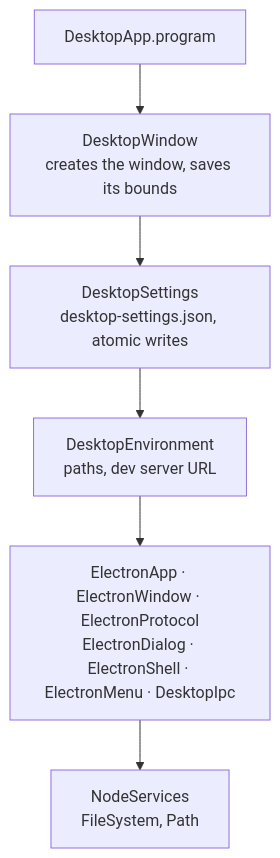
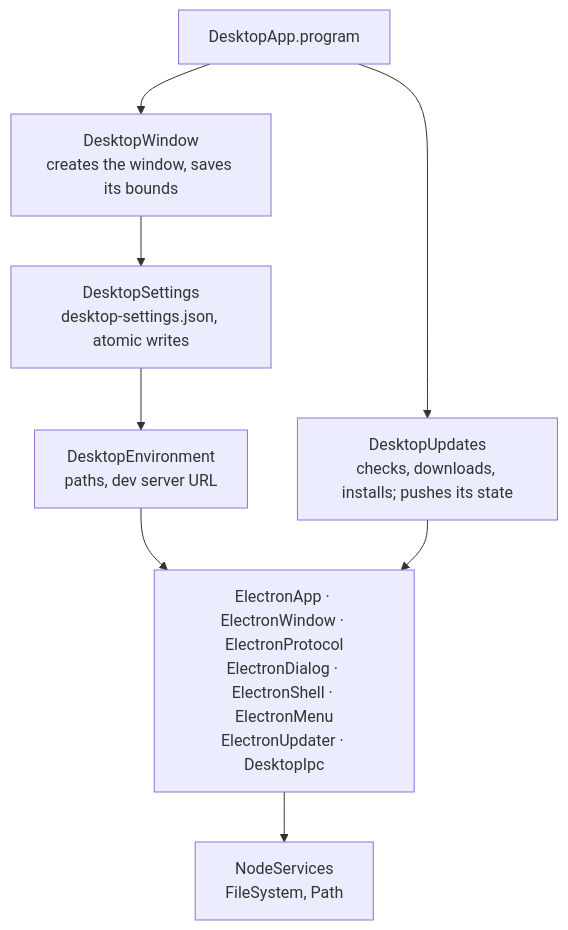
One commit to ballest-editor/ballest-editor changed the third of 3 diagrams in apps/desktop/README.md. Above: the diagram before and after it, drawn with Mermaid. The commit also changed other lines of this file and 39 other files, not shown here.

````diff
--- a/apps/desktop/README.md
+++ b/apps/desktop/README.md
@@ -89,8 +89,10 @@
 ```mermaid
 flowchart TB
   program[DesktopApp.program] --> window[DesktopWindow<br/>creates the window, saves its bounds]
   window --> settings[DesktopSettings<br/>desktop-settings.json, atomic writes]
   settings --> env[DesktopEnvironment<br/>paths, dev server URL]
-  env --> electron["ElectronApp · ElectronWindow · ElectronProtocol<br/>ElectronDialog · ElectronShell · ElectronMenu · DesktopIpc"]
+  env --> electron["ElectronApp · ElectronWindow · ElectronProtocol<br/>ElectronDialog · ElectronShell · ElectronMenu<br/>ElectronUpdater · DesktopIpc"]
   electron --> node[NodeServices<br/>FileSystem, Path]
+  program --> updates[DesktopUpdates<br/>checks, downloads, installs; pushes its state]
+  updates --> electron
 ```
````
